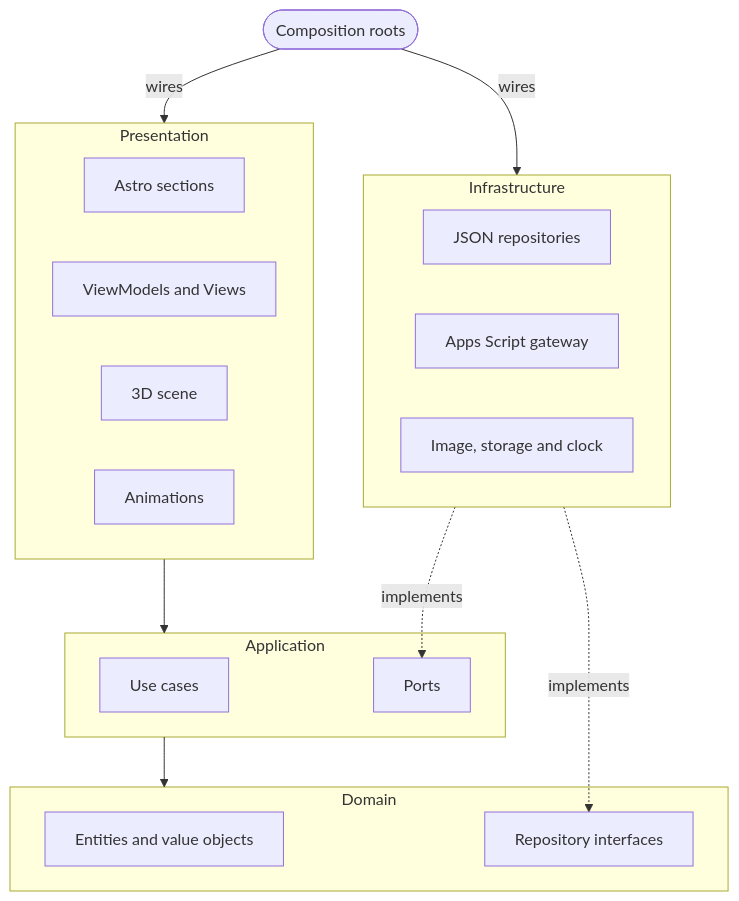
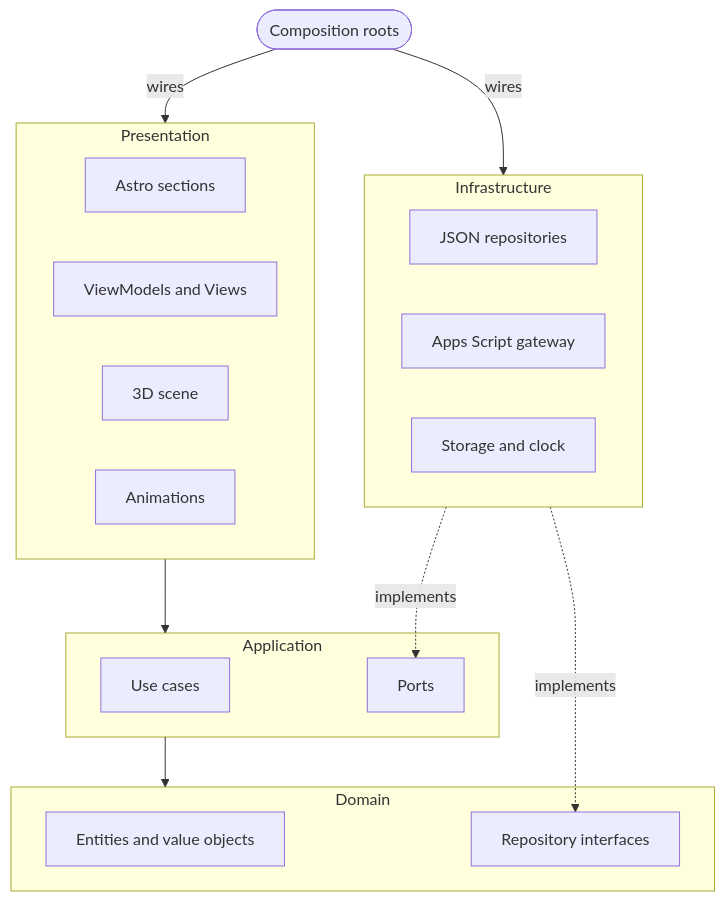
The first of 2 diagrams in README.en.md (Marcos-Codfy/lp-hackarun), drawn with Mermaid before and after one commit. The commit also changed other lines of this file and 1 other file, not shown here.

````diff
--- a/README.en.md
+++ b/README.en.md
@@ -121,30 +130,30 @@
 ```mermaid
 flowchart TB
   subgraph PRES["Presentation"]
     SEC["Astro sections"]
     MVVM["ViewModels and Views"]
     XP["3D scene"]
     MOT["Animations"]
   end
   subgraph APP["Application"]
     UC["Use cases"]
     PORTS["Ports"]
   end
   subgraph DOM["Domain"]
     ENT["Entities and value objects"]
     REPO["Repository interfaces"]
   end
   subgraph INFRA["Infrastructure"]
     JSON["JSON repositories"]
     GAS["Apps Script gateway"]
-    ADP["Image, storage and clock"]
+    ADP["Storage and clock"]
   end
   COMP(["Composition roots"])
 
   COMP -- wires --> PRES
   COMP -- wires --> INFRA
   PRES --> APP
   APP --> DOM
   INFRA -. implements .-> PORTS
   INFRA -. implements .-> REPO
 ```
````
